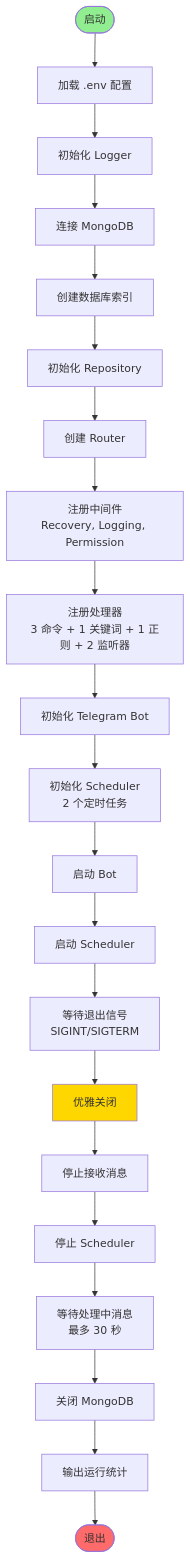
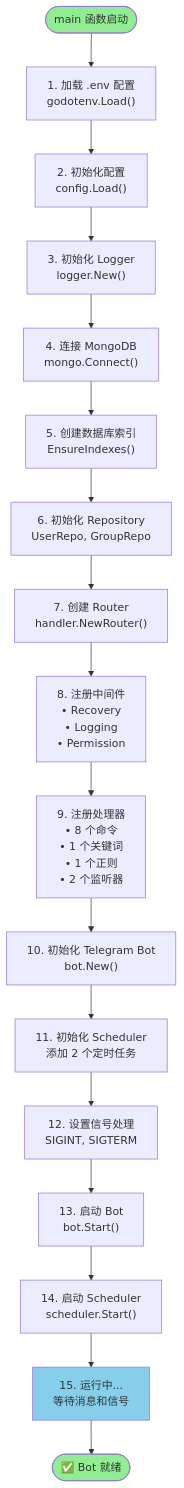
One commit to asmitul/go-telegram-bot changed diagram 18 of 26 in docs/architecture-diagram.md. Above: the diagram before and after it, drawn with Mermaid. The commit also changed other lines of this file, not shown here.

Commit message:
✔️ 更新architecture-diagram.md文档

````diff
--- a/docs/architecture-diagram.md
+++ b/docs/architecture-diagram.md
@@ -214,32 +836,29 @@
 ```mermaid
 graph TB
-    Start([启动]) --> LoadEnv[加载 .env 配置]
-    LoadEnv --> InitLogger[初始化 Logger]
-    InitLogger --> ConnMongo[连接 MongoDB]
-    ConnMongo --> CreateIndex[创建数据库索引]
-    CreateIndex --> InitRepo[初始化 Repository]
+    Start([main 函数启动]) --> LoadEnv["1. 加载 .env 配置<br/>godotenv.Load()"]
+    LoadEnv --> InitConfig["2. 初始化配置<br/>config.Load()"]
+    InitConfig --> InitLogger["3. 初始化 Logger<br/>logger.New()"]
 
-    InitRepo --> CreateRouter[创建 Router]
-    CreateRouter --> RegMiddleware[注册中间件<br/>Recovery, Logging, Permission]
-    RegMiddleware --> RegHandlers[注册处理器<br/>3 命令 + 1 关键词 + 1 正则 + 2 监听器]
+    InitLogger --> ConnMongo["4. 连接 MongoDB<br/>mongo.Connect()"]
+    ConnMongo --> CreateIndex["5. 创建数据库索引<br/>EnsureIndexes()"]
+    CreateIndex --> InitRepo["6. 初始化 Repository<br/>UserRepo, GroupRepo"]
 
-    RegHandlers --> InitBot[初始化 Telegram Bot]
-    InitBot --> InitScheduler[初始化 Scheduler<br/>2 个定时任务]
+    InitRepo --> CreateRouter["7. 创建 Router<br/>handler.NewRouter()"]
+    CreateRouter --> RegMW["8. 注册中间件<br/>• Recovery<br/>• Logging<br/>• Permission"]
+    RegMW --> RegHandlers["9. 注册处理器<br/>• 8 个命令<br/>• 1 个关键词<br/>• 1 个正则<br/>• 2 个监听器"]
 
-    InitScheduler --> StartBot[启动 Bot]
-    StartBot --> StartScheduler[启动 Scheduler]
-    StartScheduler --> WaitSignal[等待退出信号<br/>SIGINT/SIGTERM]
+    RegHandlers --> InitBot["10. 初始化 Telegram Bot<br/>bot.New()"]
+    InitBot --> InitScheduler["11. 初始化 Scheduler<br/>添加 2 个定时任务"]
 
-    WaitSignal --> Shutdown[优雅关闭]
+    InitScheduler --> SetupSignal["12. 设置信号处理<br/>SIGINT, SIGTERM"]
+    SetupSignal --> StartBot["13. 启动 Bot<br/>bot.Start()"]
+    StartBot --> StartScheduler["14. 启动 Scheduler<br/>scheduler.Start()"]
 
-    Shutdown --> StopBot[停止接收消息]
-    StopBot --> StopScheduler[停止 Scheduler]
-    StopScheduler --> WaitMsg[等待处理中消息<br/>最多 30 秒]
-    WaitMsg --> CloseMongo[关闭 MongoDB]
-    CloseMongo --> LogStats[输出运行统计]
-    LogStats --> Exit([退出])
+    StartScheduler --> Running["15. 运行中...<br/>等待消息和信号"]
+
+    Running --> Ready([✅ Bot 就绪])
 
     style Start fill:#90EE90
-    style Exit fill:#FF6B6B
-    style Shutdown fill:#FFD700
+    style Running fill:#87CEEB
+    style Ready fill:#90EE90
 ```
````
